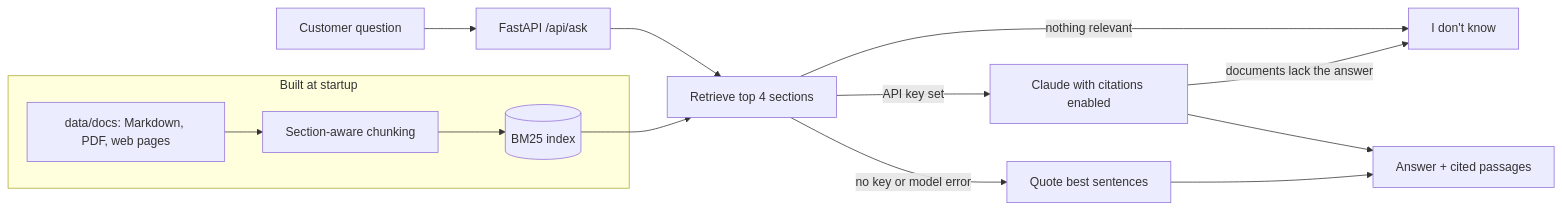
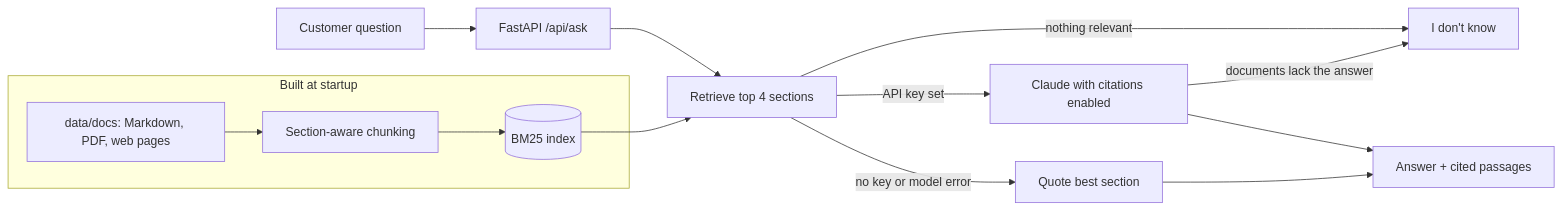
Before and after one commit to momosto/telco-rag-assistant: the diagram in README.md, drawn with Mermaid. The commit also changed other lines of this file and 5 other files, not shown here.

````diff
--- a/README.md
+++ b/README.md
@@ -39,16 +39,16 @@
 ```mermaid
 flowchart LR
     Q[Customer question] --> API[FastAPI /api/ask]
     subgraph Index["Built at startup"]
         D[data/docs: Markdown, PDF, web pages] --> C[Section-aware chunking]
         C --> B[(BM25 index)]
     end
     API --> R[Retrieve top 4 sections]
     B --> R
     R -->|nothing relevant| IDK["I don't know"]
     R -->|API key set| L[Claude with citations enabled]
-    R -->|no key or model error| X[Quote best sentences]
+    R -->|no key or model error| X[Quote best section]
     L --> A[Answer + cited passages]
     X --> A
     L -->|documents lack the answer| IDK
 ```
````
